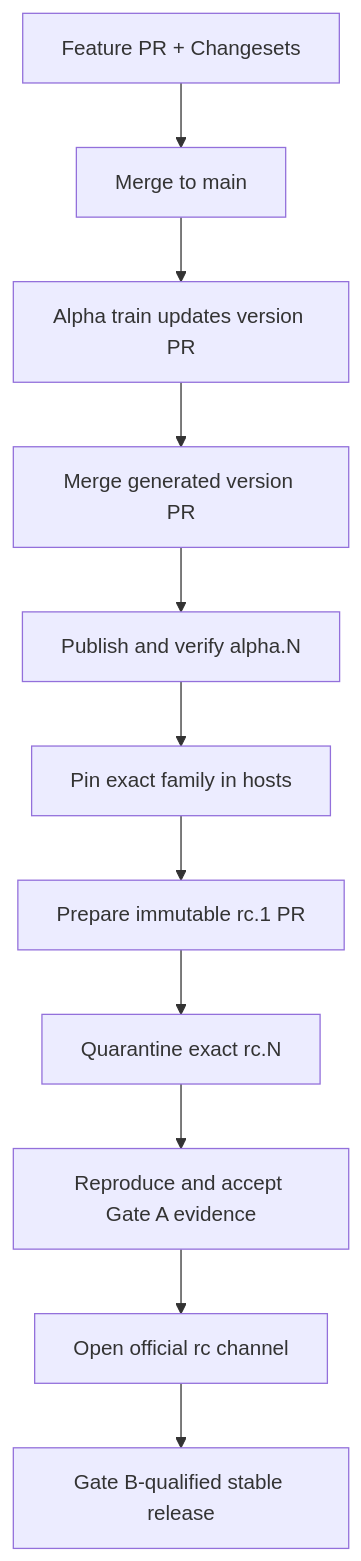
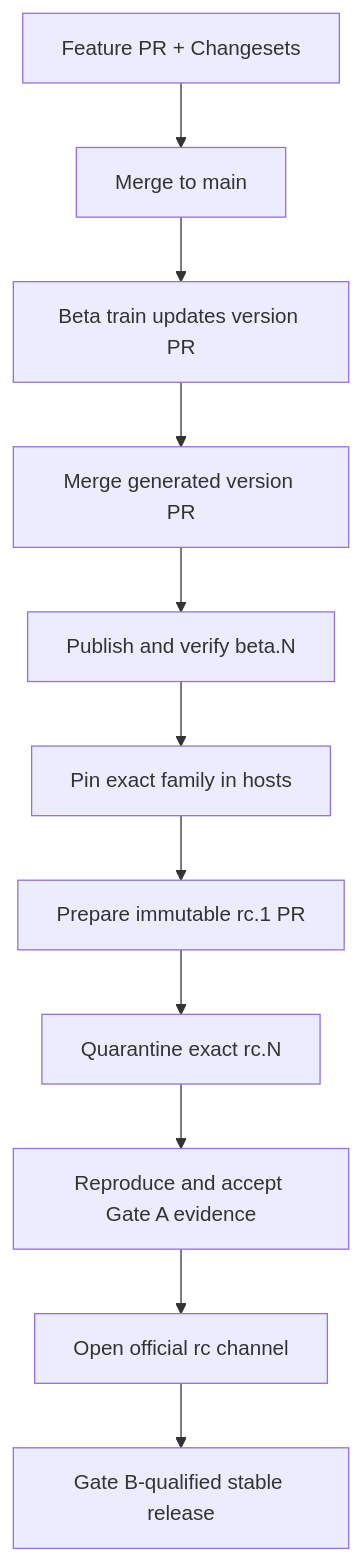
Before and after one commit to kumwe/studio: the diagram in CONTRIBUTING.md, drawn with Mermaid. The commit also changed other lines of this file and 36 other files, not shown here.

````diff
--- a/CONTRIBUTING.md
+++ b/CONTRIBUTING.md
@@ -103,13 +104,13 @@
 ```mermaid
 flowchart TD
     A["Feature PR + Changesets"] --> B["Merge to main"]
-    B --> C["Alpha train updates version PR"]
+    B --> C["Beta train updates version PR"]
     C --> D["Merge generated version PR"]
-    D --> E["Publish and verify alpha.N"]
+    D --> E["Publish and verify beta.N"]
     E --> F["Pin exact family in hosts"]
     F --> G["Prepare immutable rc.1 PR"]
     G --> H["Quarantine exact rc.N"]
     H --> I["Reproduce and accept Gate A evidence"]
     I --> J["Open official rc channel"]
     J --> K["Gate B-qualified stable release"]
 ```
````
